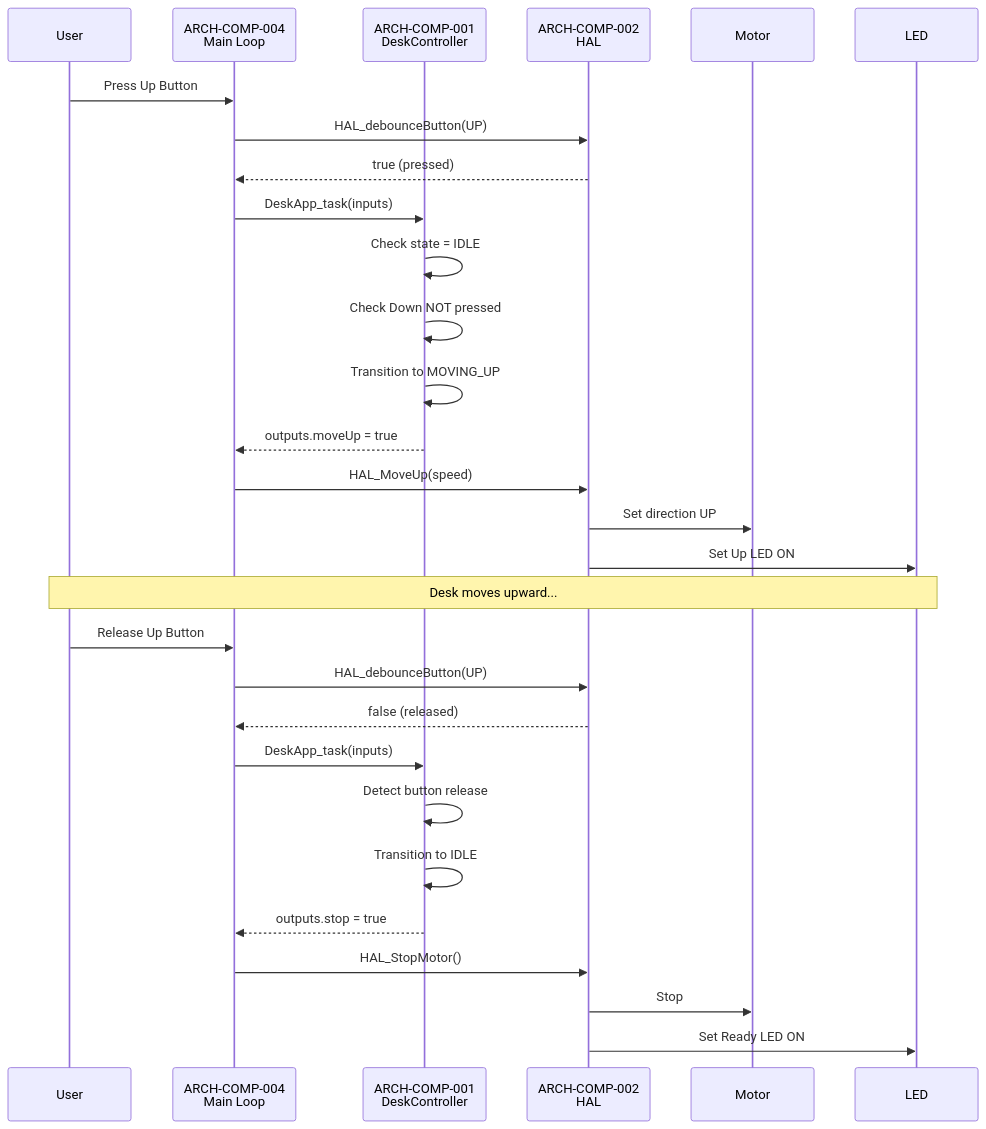
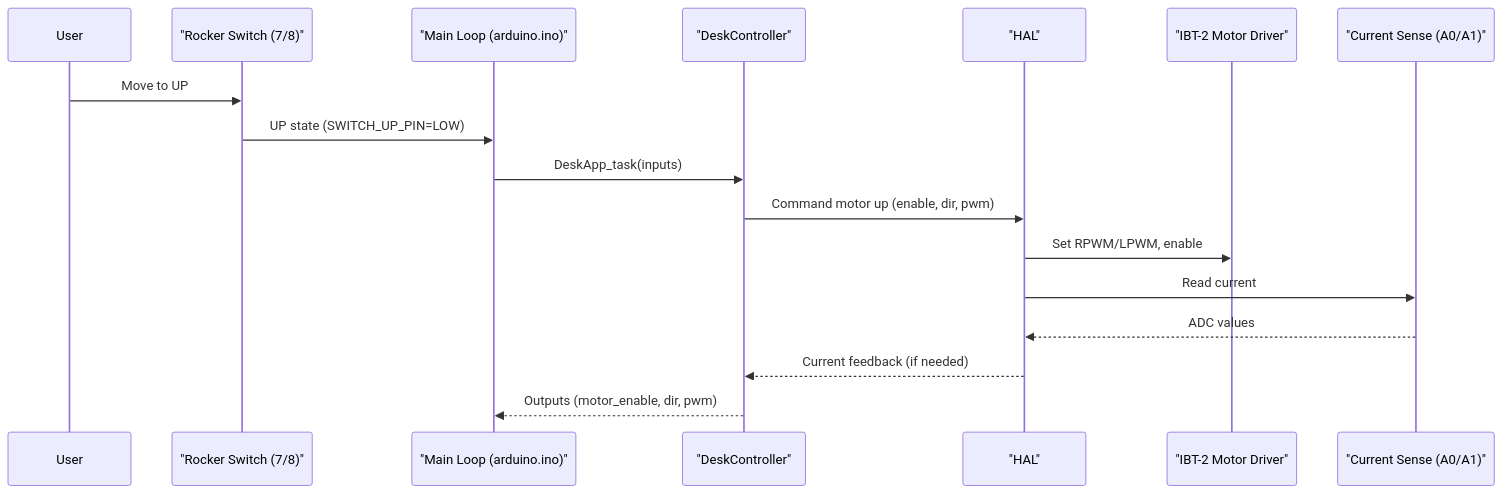
One commit to aperico/deskautomation changed the fourth of 7 diagrams in documentation/SoftwareArchitecture.md. Above: the diagram before and after it, drawn with Mermaid. The commit also changed other lines of this file and 17 other files, not shown here.

````diff
--- a/documentation/SoftwareArchitecture.md
+++ b/documentation/SoftwareArchitecture.md
@@ -609,38 +627,20 @@
 ```mermaid
 sequenceDiagram
     participant User
-    participant MainLoop as ARCH-COMP-004<br/>Main Loop
-    participant App as ARCH-COMP-001<br/>DeskController
-    participant HAL as ARCH-COMP-002<br/>HAL
-    participant Motor
-    participant LED
-    
-    User->>MainLoop: Press Up Button
-    MainLoop->>HAL: HAL_debounceButton(UP)
-    HAL-->>MainLoop: true (pressed)
-    MainLoop->>App: DeskApp_task(inputs)
-    
-    App->>App: Check state = IDLE
-    App->>App: Check Down NOT pressed
-    App->>App: Transition to MOVING_UP
-    App-->>MainLoop: outputs.moveUp = true
-    
-    MainLoop->>HAL: HAL_MoveUp(speed)
-    HAL->>Motor: Set direction UP
-    HAL->>LED: Set Up LED ON
-    
-    Note over User,LED: Desk moves upward...
-    
-    User->>MainLoop: Release Up Button
-    MainLoop->>HAL: HAL_debounceButton(UP)
-    HAL-->>MainLoop: false (released)
-    MainLoop->>App: DeskApp_task(inputs)
-    
-    App->>App: Detect button release
-    App->>App: Transition to IDLE
-    App-->>MainLoop: outputs.stop = true
-    
-    MainLoop->>HAL: HAL_StopMotor()
-    HAL->>Motor: Stop
-    HAL->>LED: Set Ready LED ON
+    participant Switch as "Rocker Switch (7/8)"
+    participant MainLoop as "Main Loop (arduino.ino)"
+    participant AppLogic as "DeskController"
+    participant HAL as "HAL"
+    participant Motor as "IBT-2 Motor Driver"
+    participant CurrentSense as "Current Sense (A0/A1)"
+
+    User ->> Switch: Move to UP
+    Switch ->> MainLoop: UP state (SWITCH_UP_PIN=LOW)
+    MainLoop ->> AppLogic: DeskApp_task(inputs)
+    AppLogic ->> HAL: Command motor up (enable, dir, pwm)
+    HAL ->> Motor: Set RPWM/LPWM, enable
+    HAL ->> CurrentSense: Read current
+    CurrentSense -->> HAL: ADC values
+    HAL -->> AppLogic: Current feedback (if needed)
+    AppLogic -->> MainLoop: Outputs (motor_enable, dir, pwm)
 ```
````
